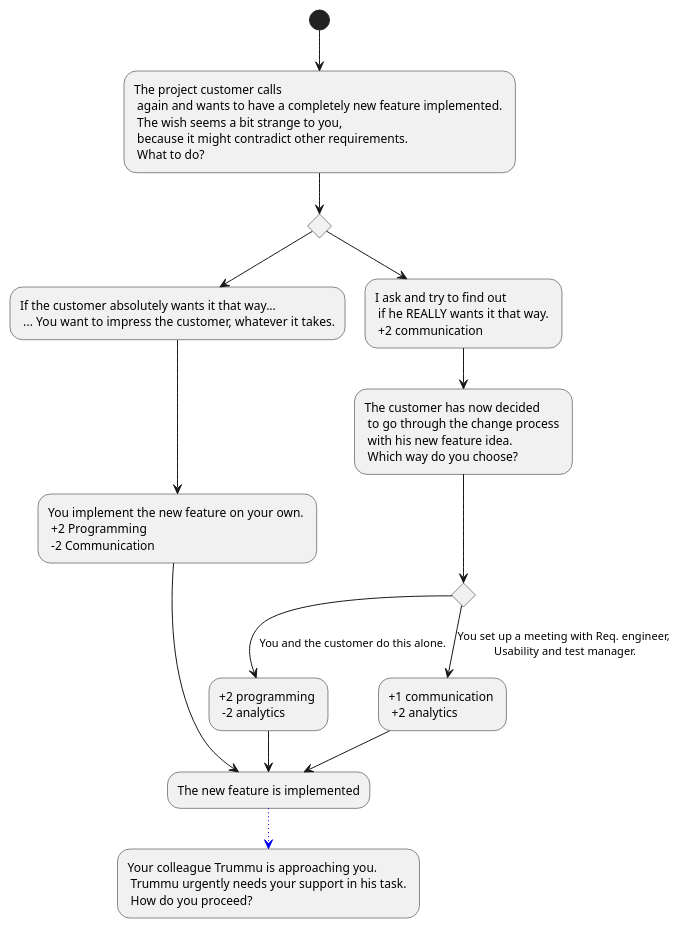
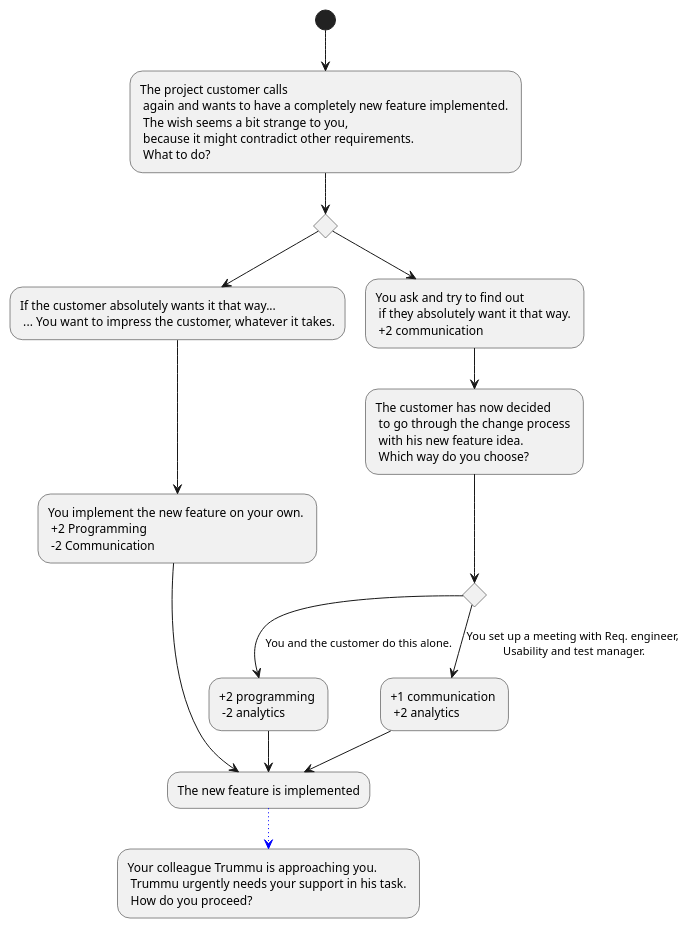
The diagram in Docs/Technical Specifications/docs/diagrams/StoryFlow/StoryFlow_Decision_12.puml (Brotenko/QualityQuest), drawn with PlantUML before and after one commit.

Commit message:
Update Docs/Technical Specifications/docs/diagrams/StoryFlow/StoryFlow_Decision_12.puml

```diff
--- a/Docs/Technical Specifications/docs/diagrams/StoryFlow/StoryFlow_Decision_12.puml
+++ b/Docs/Technical Specifications/docs/diagrams/StoryFlow/StoryFlow_Decision_12.puml
@@ -1,22 +1,22 @@
 @startuml
 (*) --> "The project customer calls \n again and wants to have a completely new feature implemented. \n The wish seems a bit strange to you, \n because it might contradict other requirements.\n What to do?" as f 
 'if "" then 
 '--> [Du arbeitest einfach drauf los.] "f"
 if " " then
 --> "If the customer absolutely wants it that way... \n ... You want to impress the customer, whatever it takes."
 --> "You implement the new feature on your own. \n +2 Programming \n -2 Communication" as c
 else
---> "I ask and try to find out \n if he REALLY wants it that way. \n +2 communication"
+--> "You ask and try to find out \n if they absolutely want it that way. \n +2 communication"
 endif
 'Vorbedingung: Nur wenn zuvor gewählt wurde, mit dem Kunden nochmal darüber zu reden!
 --> "The customer has now decided \n to go through the change process \n with his new feature idea. \n Which way do you choose?"
 if " " then
 --> [You and the customer do this alone.] "+2 programming \n -2 analytics" as a
 else
 --> [You set up a meeting with Req. engineer, \nUsability and test manager.] "+1 communication \n +2 analytics" as b
 --> "The new feature is implemented" as fertig
 endif
 a --> fertig
 c --> fertig
 -[#blue,dotted]-> "Your colleague Trummu is approaching you.\n Trummu urgently needs your support in his task. \n How do you proceed?"
 @enduml
```
